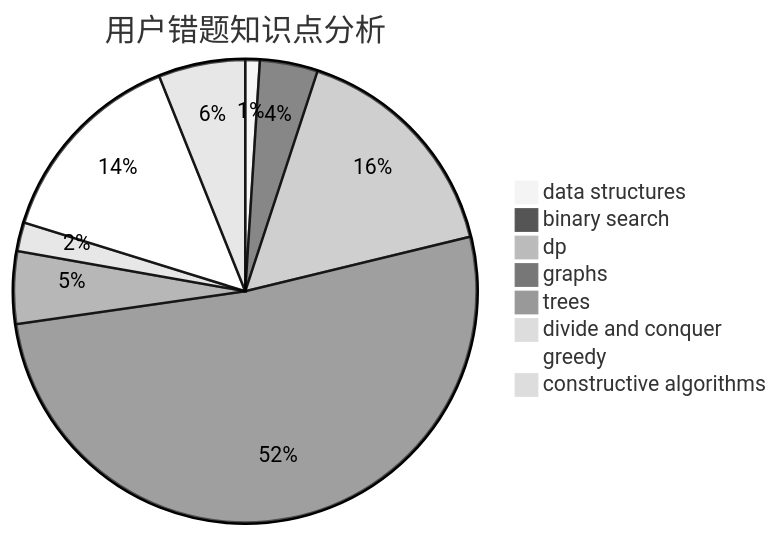
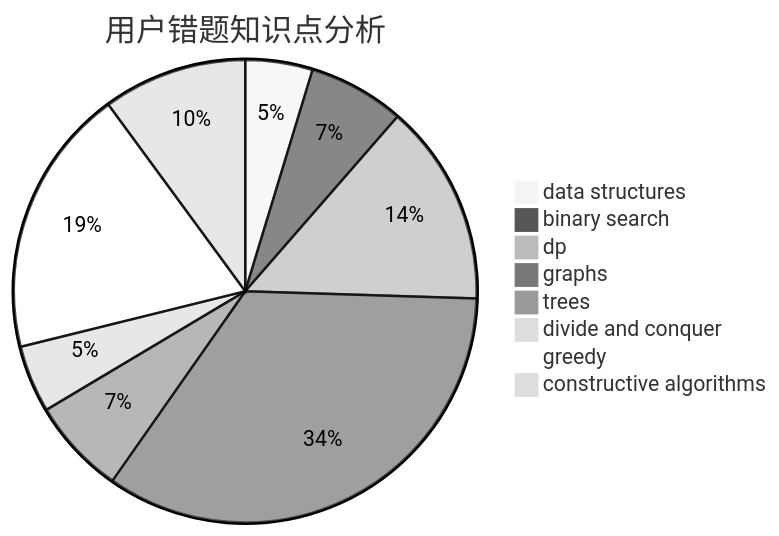
The third of 3 diagrams in docs/user/u2617.md (sherpahu/cfrs.github.io), drawn with Mermaid (neutral theme) before and after one commit. The commit also changed other lines of this file and 2770 other files, not shown here.

````diff
--- a/docs/user/u2617.md
+++ b/docs/user/u2617.md
@@ -36,11 +36,11 @@
 ```mermaid
 pie title 用户错题知识点分析
-    "data structures" :  1
-    "binary search" :  4
-    "dp" :  16
+    "data structures" :  7
+    "binary search" :  10
+    "dp" :  21
     "graphs" :  51
-    "trees" :  5
-    "divide and conquer" :  2
-    "greedy" :  14
-    "constructive algorithms" :  6
+    "trees" :  10
+    "divide and conquer" :  7
+    "greedy" :  28
+    "constructive algorithms" :  15
 ```
````
